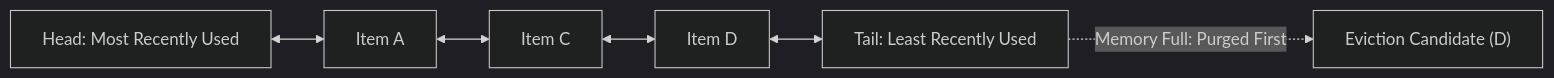
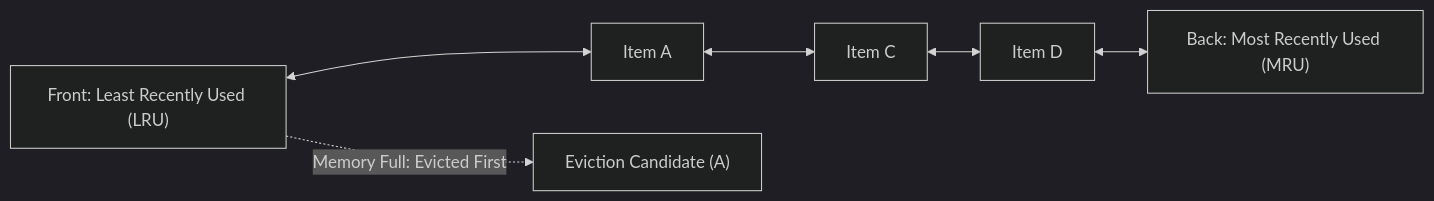
The first of 3 diagrams in 05-caching/eviction-policies.md (Sujalkathait/high-level-design), drawn with Mermaid (dark theme) before and after one commit. The commit also changed other lines of this file and 6 other files, not shown here.

````diff
--- a/05-caching/eviction-policies.md
+++ b/05-caching/eviction-policies.md
@@ -27,8 +33,8 @@
 ```mermaid
 flowchart LR
-    Head["Head: Most Recently Used"] <--> A["Item A"]
+    Front["Front: Least Recently Used (LRU)"] <--> A["Item A"]
     A <--> C["Item C"]
     C <--> D["Item D"]
-    D <--> Tail["Tail: Least Recently Used"]
-    Tail -.->|"Memory Full: Purged First"| Evicted["Eviction Candidate (D)"]
+    D <--> Back["Back: Most Recently Used (MRU)"]
+    Front -.->|"Memory Full: Evicted First"| Evicted["Eviction Candidate (A)"]
 ```
````
